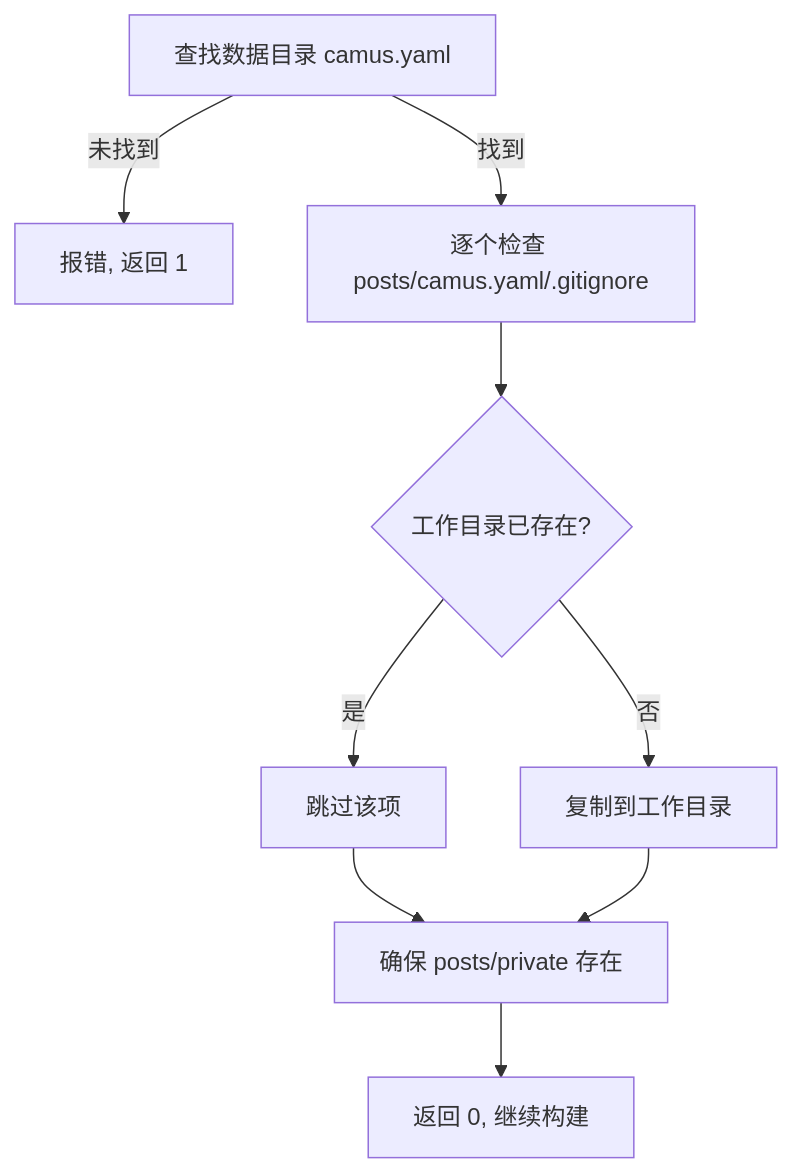
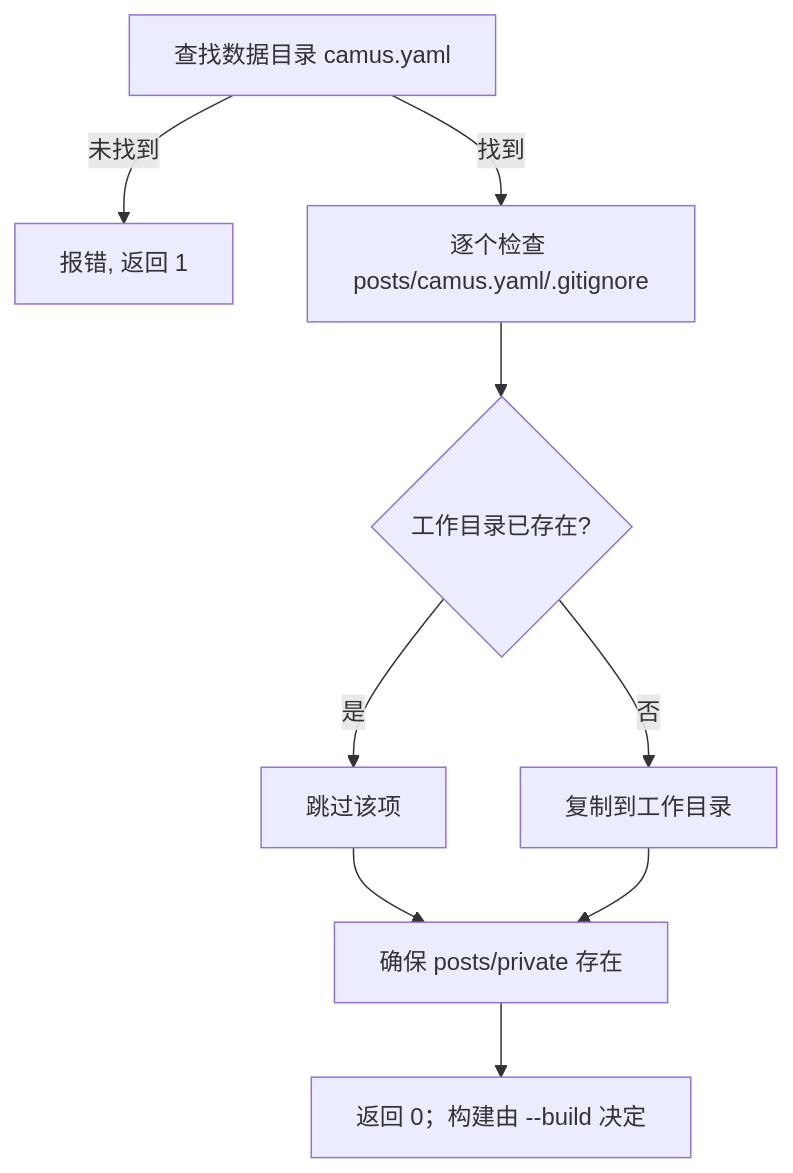
Before and after one commit to o8x/camus: the first of 3 diagrams in docs/prd/08-template-install.md, drawn with Mermaid. The commit also changed other lines of this file and 5 other files, not shown here.

````diff
--- a/docs/prd/08-template-install.md
+++ b/docs/prd/08-template-install.md
@@ -50,11 +50,11 @@
 ```mermaid
 flowchart TD
     A[查找数据目录 camus.yaml] -->|未找到| X[报错, 返回 1]
     A -->|找到| B[逐个检查 posts/camus.yaml/.gitignore]
     B --> C{工作目录已存在?}
     C -->|是| S[跳过该项]
     C -->|否| D[复制到工作目录]
     S --> P[确保 posts/private 存在]
     D --> P
-    P --> OK[返回 0, 继续构建]
+    P --> OK[返回 0；构建由 --build 决定]
 ```
````
